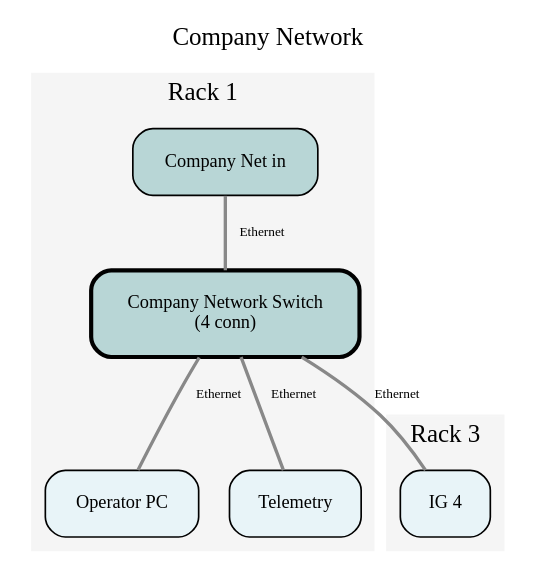
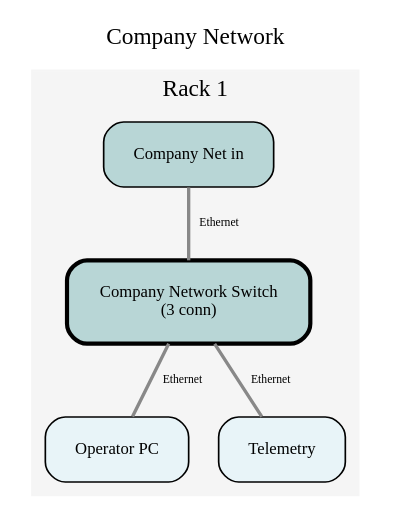
The diagram in output/company_network.dot (BenjiPestell/rack-diagram-demo), drawn with Graphviz before and after one commit. The commit also changed 6 other files, not shown here.

```diff
--- a/output/company_network.dot
+++ b/output/company_network.dot
@@ -1,80 +1,65 @@
 graph "Company Network" {
 
   graph [
     bgcolor="white",
     label="Company Network",
     labelloc=t,
-    fontsize=15,
+    fontsize=14,
     fontname="Sinkin Sans 400 Regular",
     overlap=false,
     sep=0.5
   ];
 
   node [
     shape=box,
     style="rounded,filled",
-    fontsize=11,
+    fontsize=10,
     fontname="Sinkin Sans 400 Regular",
     margin=0.2
   ];
 
   edge [
     color="#888888",
     style=solid,
     penwidth=2.0
   ];
 
   // Devices grouped by rack and external groups
 
   subgraph cluster_rack1 {
     label="Rack 1";
     style=filled;
     color="#F5F5F5";
     fontname="Sinkin Sans 400 Regular";
 
     "Company_Network_Switch" [
-      label="Company Network Switch\n(4 conn)",
+      label="Company Network Switch\n(3 conn)",
       fillcolor="#B8D6D6",
       penwidth=2.5
     ];
     "Company_Net_in" [
       label="Company Net in",
       fillcolor="#B8D6D6"
     ];
     "Operator_PC" [
       label="Operator PC",
       fillcolor="#E8F4F8"
     ];
     "Telemetry" [
       label="Telemetry",
       fillcolor="#E8F4F8"
     ];
   }
 
-  subgraph cluster_rack3 {
-    label="Rack 3";
-    style=filled;
-    color="#F5F5F5";
-    fontname="Sinkin Sans 400 Regular";
-
-    "IG_4" [
-      label="IG 4",
-      fillcolor="#E8F4F8"
-    ];
-  }
-
   // Connections
   Company_Network_Switch -- Operator_PC [
-    color="#888888", style=solid, penwidth=2.0, label="   Ethernet", fontsize=8, fontname="Sinkin Sans 400 Regular"
+    color="#888888", style=solid, penwidth=2.0, label="   Ethernet", fontsize=7, fontname="Sinkin Sans 400 Regular"
   ];
   Company_Network_Switch -- Telemetry [
-    color="#888888", style=solid, penwidth=2.0, label="   Ethernet", fontsize=8, fontname="Sinkin Sans 400 Regular"
+    color="#888888", style=solid, penwidth=2.0, label="   Ethernet", fontsize=7, fontname="Sinkin Sans 400 Regular"
   ];
   Company_Net_in -- Company_Network_Switch [
-    color="#888888", style=solid, penwidth=2.0, label="   Ethernet", fontsize=8, fontname="Sinkin Sans 400 Regular"
-  ];
-  Company_Network_Switch -- IG_4 [
-    color="#888888", style=solid, penwidth=2.0, label="   Ethernet", fontsize=8, fontname="Sinkin Sans 400 Regular"
+    color="#888888", style=solid, penwidth=2.0, label="   Ethernet", fontsize=7, fontname="Sinkin Sans 400 Regular"
   ];
 
 }
```
